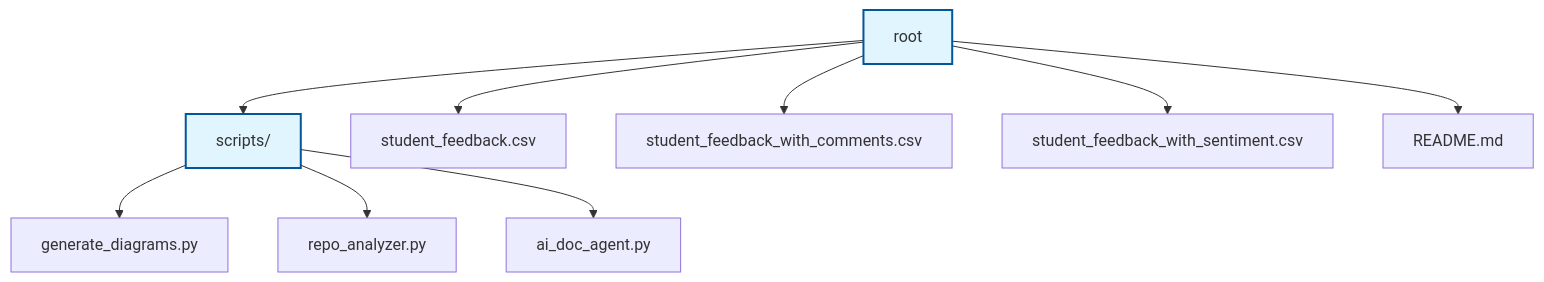
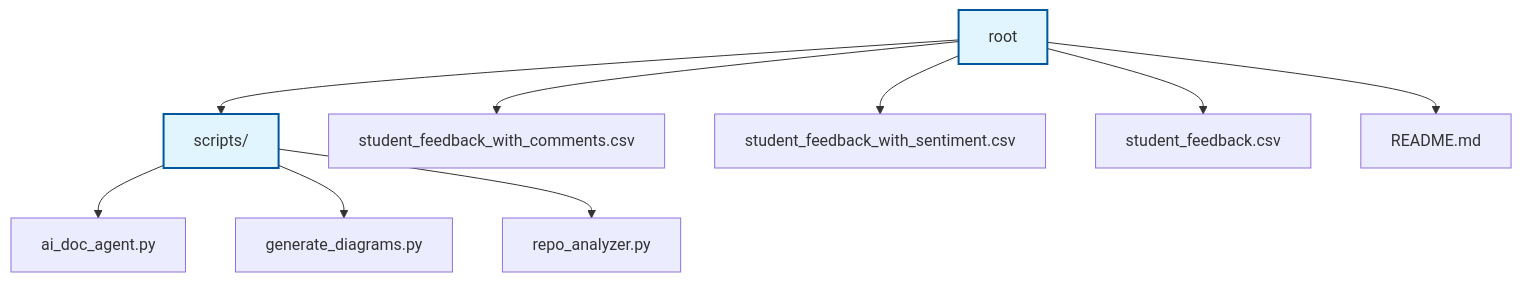
The diagram in README.md (NITISH-R-G/FUTURE_DS_03), drawn with Mermaid before and after one commit.

Commit message:
docs: auto-update repository documentation and diagrams

````diff
--- a/README.md
+++ b/README.md
@@ -47,29 +47,29 @@
 ```mermaid
 graph TD
     node0["root"]:::folder
     node1["scripts/"]:::folder
     node0 --> node1
-    node2["student_feedback.csv"]
+    node2["student_feedback_with_comments.csv"]
     node0 --> node2
-    node3["student_feedback_with_comments.csv"]
+    node3["student_feedback_with_sentiment.csv"]
     node0 --> node3
-    node4["student_feedback_with_sentiment.csv"]
+    node4["student_feedback.csv"]
     node0 --> node4
     node5["README.md"]
     node0 --> node5
-    node6["generate_diagrams.py"]
+    node6["ai_doc_agent.py"]
     node1 --> node6
-    node7["repo_analyzer.py"]
+    node7["generate_diagrams.py"]
     node1 --> node7
-    node8["ai_doc_agent.py"]
+    node8["repo_analyzer.py"]
     node1 --> node8
     classDef folder fill:#e1f5fe,stroke:#01579b,stroke-width:2px;
     click node1 "scripts" "View scripts"
-    click node2 "student_feedback.csv" "View student_feedback.csv"
-    click node3 "student_feedback_with_comments.csv" "View student_feedback_with_comments.csv"
-    click node4 "student_feedback_with_sentiment.csv" "View student_feedback_with_sentiment.csv"
+    click node2 "student_feedback_with_comments.csv" "View student_feedback_with_comments.csv"
+    click node3 "student_feedback_with_sentiment.csv" "View student_feedback_with_sentiment.csv"
+    click node4 "student_feedback.csv" "View student_feedback.csv"
     click node5 "README.md" "View README.md"
-    click node6 "scripts/generate_diagrams.py" "View generate_diagrams.py"
-    click node7 "scripts/repo_analyzer.py" "View repo_analyzer.py"
-    click node8 "scripts/ai_doc_agent.py" "View ai_doc_agent.py"
+    click node6 "scripts/ai_doc_agent.py" "View ai_doc_agent.py"
+    click node7 "scripts/generate_diagrams.py" "View generate_diagrams.py"
+    click node8 "scripts/repo_analyzer.py" "View repo_analyzer.py"
 ```
````
